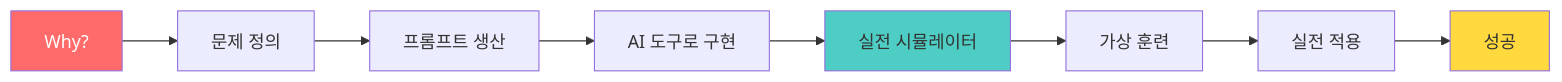
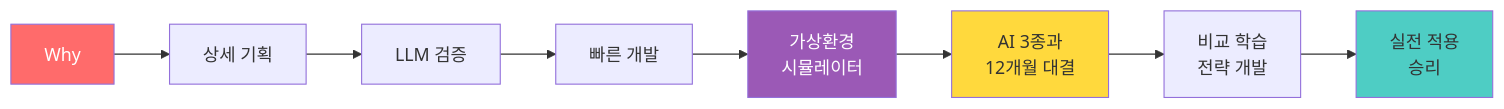
Before and after one commit to Collegenie-X/AI-Vive-Coding: diagram 14 of 14 in Docs/주제/5단계-AI가상환경_실전체험_교육가이드.md, drawn with Mermaid. The commit also changed other lines of this file and 2 other files, not shown here.

````diff
--- a/Docs/주제/5단계-AI가상환경_실전체험_교육가이드.md
+++ b/Docs/주제/5단계-AI가상환경_실전체험_교육가이드.md
@@ -1671,14 +2070,15 @@
 ```mermaid
 graph LR
-    A[Why?] --> B[문제 정의]
-    B --> C[프롬프트 생산]
-    C --> D[AI 도구로 구현]
-    D --> E[실전 시뮬레이터]
-    E --> F[가상 훈련]
-    F --> G[실전 적용]
-    G --> H[성공]
+    A[Why] --> B[상세 기획]
+    B --> C[LLM 검증]
+    C --> D[빠른 개발]
+    D --> E[가상환경<br/>시뮬레이터]
+    E --> F[AI 3종과<br/>12개월 대결]
+    F --> G[비교 학습<br/>전략 개발]
+    G --> H[실전 적용<br/>승리]
     
     style A fill:#FF6B6B,color:#fff
-    style E fill:#4ECDC4
-    style H fill:#FFD93D
+    style E fill:#9B59B6,color:#fff
+    style F fill:#FFD93D
+    style H fill:#4ECDC4
 ```
````
